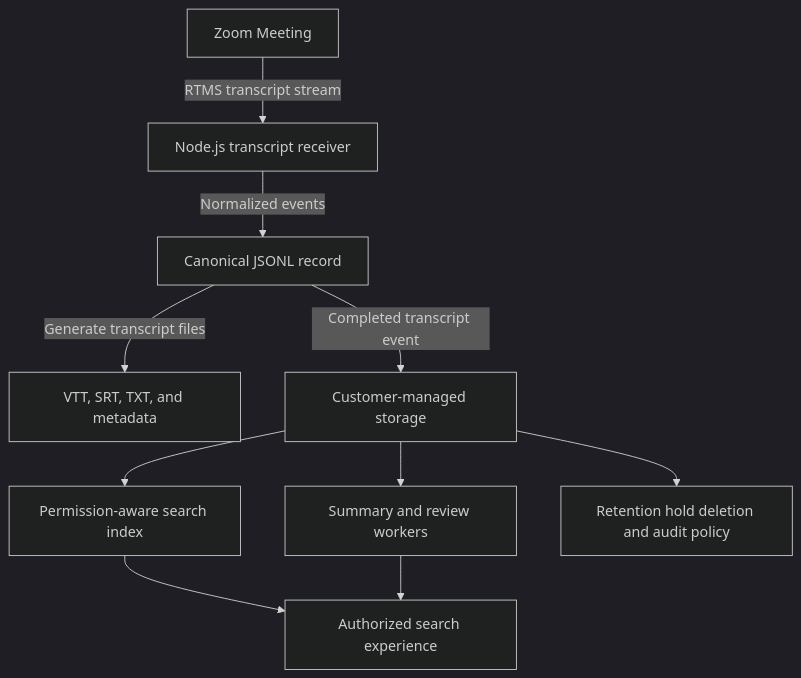
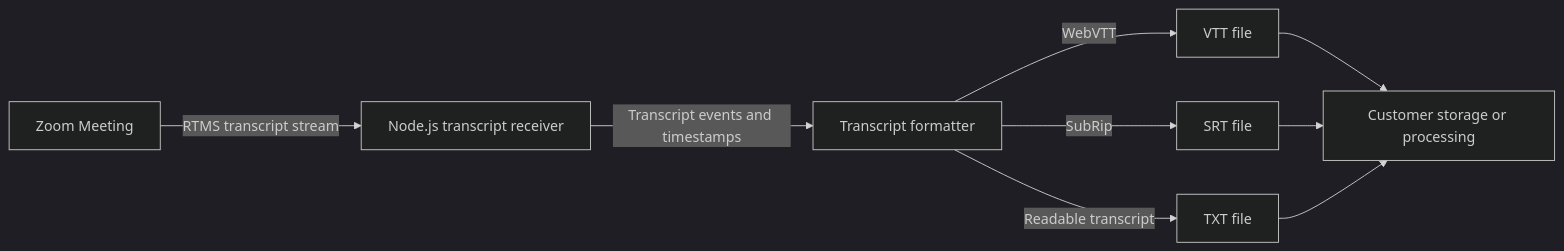
Before and after one commit to zoom/blueprints: the diagram in blueprints/meeting-transcript-knowledge-base/index.md, drawn with Mermaid (dark theme).

Commit message:
Restore focused transcript formatter diagram

````diff
--- a/blueprints/meeting-transcript-knowledge-base/index.md
+++ b/blueprints/meeting-transcript-knowledge-base/index.md
@@ -75,12 +75,11 @@
 ```mermaid
-flowchart TB
+flowchart LR
     A[Zoom Meeting] -->|RTMS transcript stream| B[Node.js transcript receiver]
-    B -->|Normalized events| C[Canonical JSONL record]
-    C -->|Generate transcript files| D[VTT, SRT, TXT, and metadata]
-    C -->|Completed transcript event| E[Customer-managed storage]
-    E --> F[Permission-aware search index]
-    E --> G[Summary and review workers]
-    E --> H[Retention hold deletion and audit policy]
-    F --> I[Authorized search experience]
-    G --> I
+    B -->|Transcript events and timestamps| C[Transcript formatter]
+    C -->|WebVTT| D[VTT file]
+    C -->|SubRip| E[SRT file]
+    C -->|Readable transcript| F[TXT file]
+    D --> G[Customer storage or processing]
+    E --> G
+    F --> G
 ```
````
